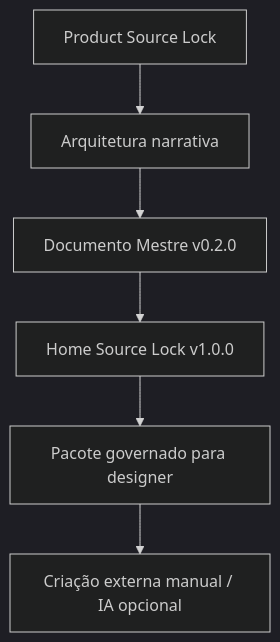
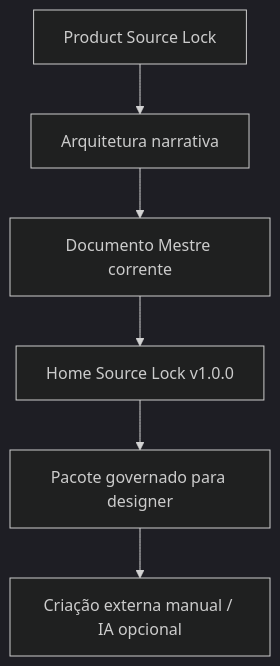
The second of 2 diagrams in docs/experience-architecture/public-home-intelligence-master-document.md (guivos-repositorio/Guivos-Knowledge-Repository), drawn with Mermaid (dark theme) before and after one commit. The commit also changed other lines of this file, not shown here.

````diff
--- a/docs/experience-architecture/public-home-intelligence-master-document.md
+++ b/docs/experience-architecture/public-home-intelligence-master-document.md
@@ -773,8 +774,8 @@
 ```mermaid
 flowchart TD
     P[Product Source Lock] --> A[Arquitetura narrativa]
-    A --> M[Documento Mestre v0.2.0]
+    A --> M[Documento Mestre corrente]
     M --> S[Home Source Lock v1.0.0]
     S --> D[Pacote governado para designer]
     D --> X[Criação externa manual / IA opcional]
 ```
````
